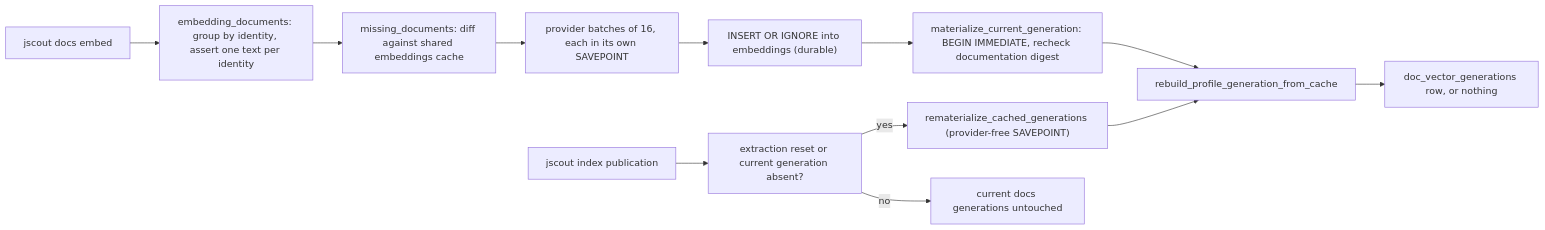
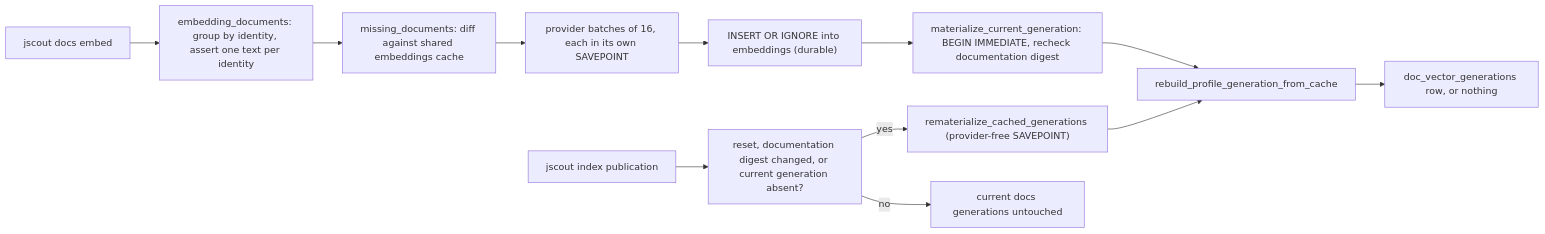
Before and after one commit to iantocristian/jscout: the second of 3 diagrams in docs/codebase-analysis/04-documentation-retrieval.md, drawn with Mermaid. The commit also changed other lines of this file and 7 other files, not shown here.

````diff
--- a/docs/codebase-analysis/04-documentation-retrieval.md
+++ b/docs/codebase-analysis/04-documentation-retrieval.md
@@ -97,14 +97,14 @@
 ```mermaid
 flowchart LR
   EMBED["jscout docs embed"] --> GROUP["embedding_documents: group by identity, assert one text per identity"]
   GROUP --> MISS["missing_documents: diff against shared embeddings cache"]
   MISS --> PROV["provider batches of 16, each in its own SAVEPOINT"]
   PROV --> CACHE["INSERT OR IGNORE into embeddings (durable)"]
   CACHE --> MAT["materialize_current_generation: BEGIN IMMEDIATE, recheck documentation digest"]
-  INDEX["jscout index publication"] --> GATE["extraction reset or current generation absent?"]
+  INDEX["jscout index publication"] --> GATE["reset, documentation digest changed, or current generation absent?"]
   GATE -- "yes" --> REMAT["rematerialize_cached_generations (provider-free SAVEPOINT)"]
   GATE -- "no" --> SKIP["current docs generations untouched"]
   MAT --> REBUILD["rebuild_profile_generation_from_cache"]
   REMAT --> REBUILD
   REBUILD --> READY["doc_vector_generations row, or nothing"]
 ```
````
